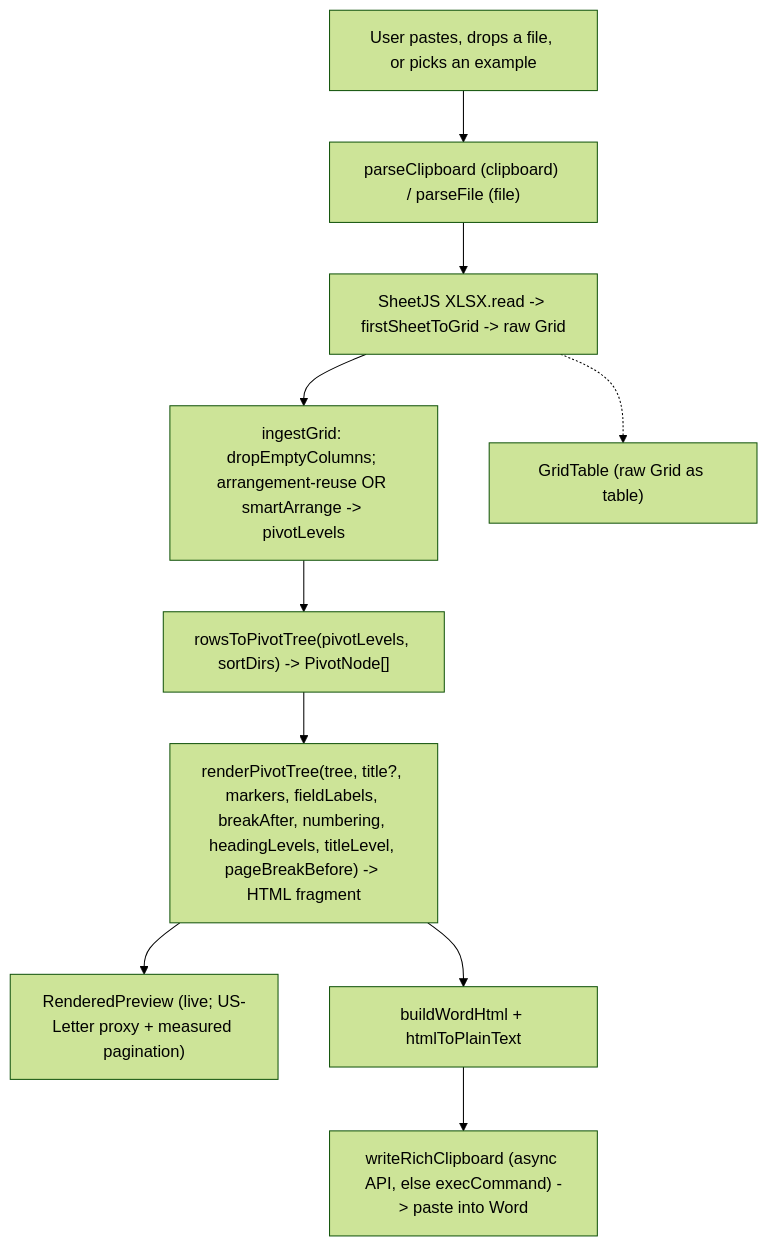
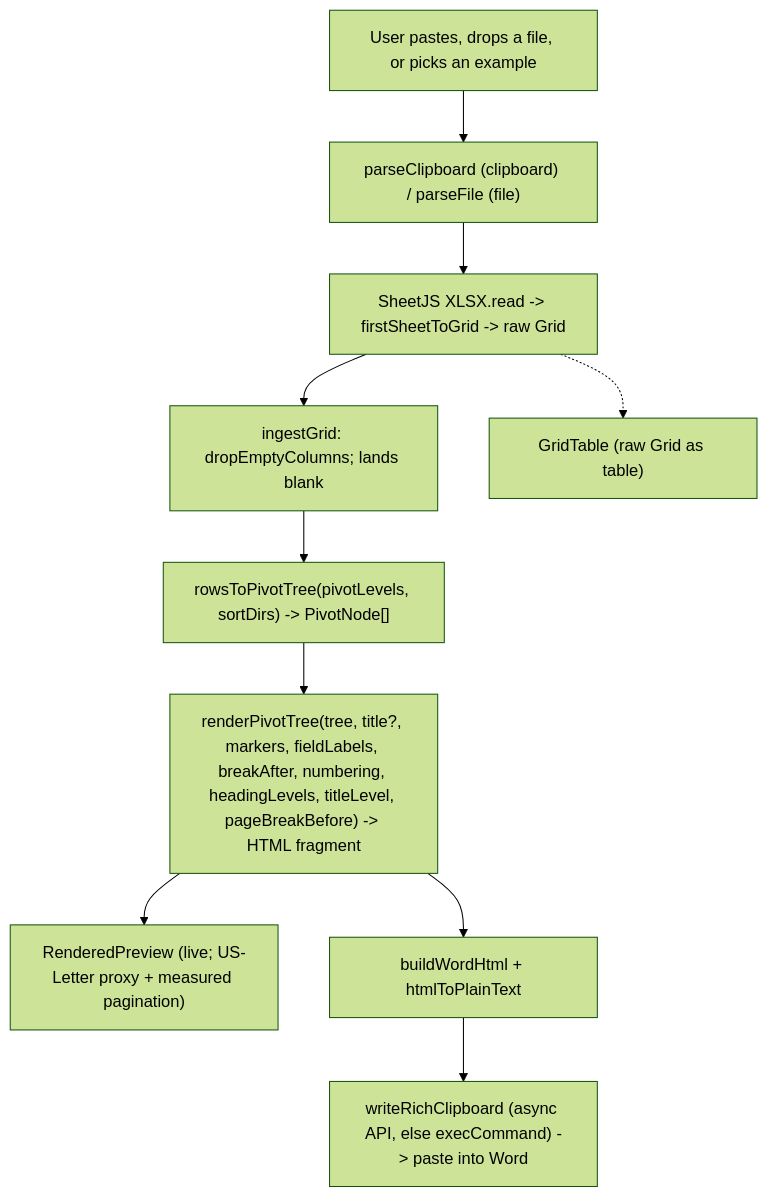
One commit to henryqpham/PivotParagraph changed the diagram in docs/ARCHITECTURE.md. Above: the diagram before and after it, drawn with Mermaid (forest theme). The commit also changed other lines of this file and 12 other files, not shown here.

First line of the commit message:
Add style preset; remove Smart Arrange

````diff
--- a/docs/ARCHITECTURE.md
+++ b/docs/ARCHITECTURE.md
@@ -97,16 +97,16 @@
 ```mermaid
 flowchart TD
     A["User pastes, drops a file, or picks an example"]
     B["parseClipboard (clipboard) / parseFile (file)"]
     C["SheetJS XLSX.read -> firstSheetToGrid -> raw Grid"]
-    SA["ingestGrid: dropEmptyColumns; arrangement-reuse OR smartArrange -> pivotLevels"]
+    SA["ingestGrid: dropEmptyColumns; lands blank"]
     PV["rowsToPivotTree(pivotLevels, sortDirs) -> PivotNode[]"]
     RP["renderPivotTree(tree, title?, markers, fieldLabels, breakAfter, numbering, headingLevels, titleLevel, pageBreakBefore) -> HTML fragment"]
     P["RenderedPreview (live; US-Letter proxy + measured pagination)"]
     GT["GridTable (raw Grid as table)"]
     W["buildWordHtml + htmlToPlainText"]
     X["writeRichClipboard (async API, else execCommand) -> paste into Word"]
     A --> B --> C --> SA --> PV --> RP --> P
     C -.-> GT
     RP --> W --> X
 ```
````
